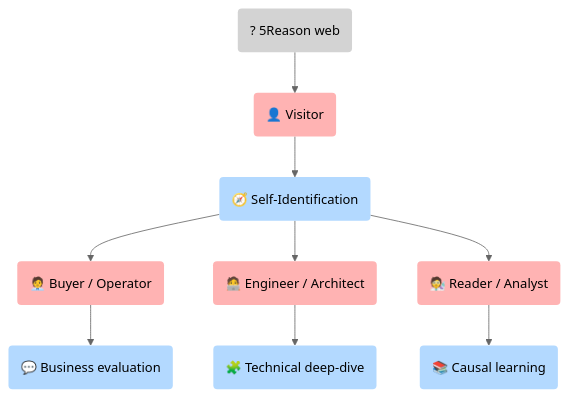
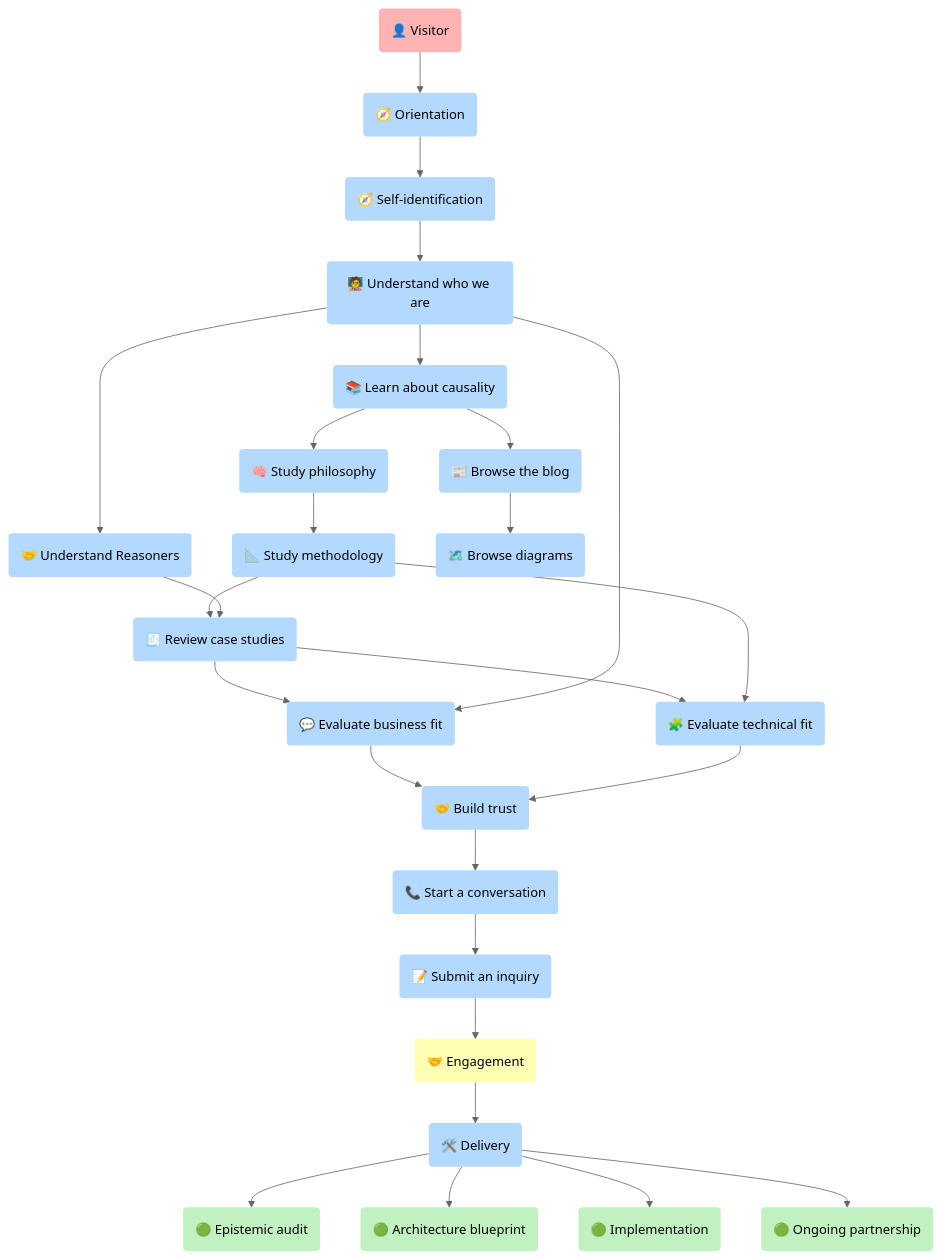
The first of 5 diagrams in docs/wizard/index.md (5Reasons/5reasons.github.io), drawn with Mermaid (neutral theme) before and after one commit. The commit also changed 14 other files, not shown here.

Commit message:
Refactor documentation structure: Move About, Team & Philosophy, FAQ, and Terms of Use pages under Reasoners; update links and navigation accordingly. Implement automatic redirects for legacy URLs and enhance CSS for sidebar navigation.

````diff
--- a/docs/wizard/index.md
+++ b/docs/wizard/index.md
@@ -32,43 +32,92 @@
 ```mermaid
 flowchart TB
 %% Styles (brModel Standard)
-classDef i fill:#D3D3D3,stroke-width:0px,color:#000;
 classDef s fill:#FFB3B3,stroke-width:0px,color:#000;
 classDef p fill:#B3D9FF,stroke-width:0px,color:#000;
 classDef r fill:#FFFFB3,stroke-width:0px,color:#000;
 classDef o fill:#C1F0C1,stroke-width:0px,color:#000;
 
+%% Entry
+S_Visitor("👤 Visitor"):::s
+P_Orient("🧭 Orientation"):::p
+P_Ident("🧭 Self-identification"):::p
 
-I_Home("? 5Reason web"):::i
+S_Visitor --> P_Orient --> P_Ident
 
-%% Subjects
-S_Visitor("👤 Visitor"):::s
-S_Buyer("🧑‍💼 Buyer / Operator"):::s
-S_Eng("🧑‍💻 Engineer / Architect"):::s
-S_Read("🧑‍🔬 Reader / Analyst"):::s
+%% Before evaluation, the visitor usually needs context.
+P_Who("🧑‍🏫 Understand who we are"):::p
+P_Learn("📚 Learn about causality"):::p
+P_Philosophy("🧠 Study philosophy"):::p
+P_Method("📐 Study methodology"):::p
+P_Reasoners("🤝 Understand Reasoners"):::p
+P_BrowseCases("🧾 Review case studies"):::p
+P_BrowseBlog("📰 Browse the blog"):::p
+P_BrowseDiagrams("🗺️ Browse diagrams"):::p
 
-%% Processes
-P_Ident("🧭 Self-Identification"):::p
-P_Biz("💬 Business evaluation"):::p
-P_Tech("🧩 Technical deep-dive"):::p
-P_Learn("📚 Causal learning"):::p
+P_Ident --> P_Who
+P_Who --> P_Learn
+P_Learn --> P_Philosophy
+P_Philosophy --> P_Method
 
+P_Learn --> P_BrowseBlog
+P_BrowseBlog --> P_BrowseDiagrams
 
-%% Flow
-I_Home --> S_Visitor
-S_Visitor --> P_Ident
-P_Ident --> S_Buyer
-P_Ident --> S_Eng
-P_Ident --> S_Read
+P_Who --> P_Reasoners
+P_Method --> P_BrowseCases
+P_Reasoners --> P_BrowseCases
 
-S_Buyer --> P_Biz
-S_Eng --> P_Tech 
-S_Read --> P_Learn 
+%% Two evaluations, one trust (no duplicated nodes)
+P_Biz("💬 Evaluate business fit"):::p
+P_Tech("🧩 Evaluate technical fit"):::p
+P_Trust("🤝 Build trust"):::p
 
-%% Links (existing pages + wizard drill-down sections)
-click I_Home "/" "Home"
-click S_Visitor "/home/start-here/" "Start Here"
-click S_Buyer "/wizard/#buyer" "Jump to Buyer flow"
-click S_Eng "/wizard/#engineer" "Jump to Engineer flow"
+P_BrowseCases --> P_Biz
+P_BrowseCases --> P_Tech
+P_Method --> P_Tech
+P_Who --> P_Biz
 
+P_Biz --> P_Trust
+P_Tech --> P_Trust
+
+%% Commitment sequence
+P_Contact("📞 Start a conversation"):::p
+P_Inquiry("📝 Submit an inquiry"):::p
+R_Engage("🤝 Engagement"):::r
+P_Delivery("🛠️ Delivery"):::p
+
+P_Trust --> P_Contact --> P_Inquiry --> R_Engage --> P_Delivery
+
+%% What delivery can look like (high-level outcomes)
+O_Audit("🟢 Epistemic audit"):::o
+O_Blueprint("🟢 Architecture blueprint"):::o
+O_Impl("🟢 Implementation"):::o
+O_Partner("🟢 Ongoing partnership"):::o
+
+P_Delivery --> O_Audit
+P_Delivery --> O_Blueprint
+P_Delivery --> O_Impl
+P_Delivery --> O_Partner
+
+%% Links (process → detailed explanation)
+click P_Orient "/home/start-here/" "Start Here"
+click P_Ident "/home/start-here/#choose-your-role" "Choose your role"
+click P_Who "/reasoners/about/" "About"
+click P_Learn "/philosophy/correlation-vs-causality/" "Correlation vs Causality"
+click P_Philosophy "/philosophy/" "Philosophy"
+click P_Method "/methodology/" "Methodology"
+click P_Reasoners "/reasoners/" "Reasoners"
+click P_BrowseCases "/case-studies/" "Case Studies"
+click P_BrowseBlog "/blog/" "Blog"
+click P_BrowseDiagrams "/diagrams/" "Diagram Gallery"
+click P_Biz "/services/" "Services"
+click P_Tech "/methodology/" "Methodology"
+click P_Trust "/services/epistemic-audit/" "Epistemic Audit"
+click P_Contact "/services/start/" "Start a conversation"
+click P_Inquiry "/home/inquiry/" "Inquiry"
+click R_Engage "/services/" "Engagement model"
+click P_Delivery "/services/" "Services"
+click O_Audit "/services/epistemic-audit/" "Epistemic Audit"
+click O_Blueprint "/services/blueprint/" "Architecture Blueprint"
+click O_Impl "/services/implementation/" "Implementation"
+click O_Partner "/services/partnership/" "Ongoing Partnership"
 ```
````
